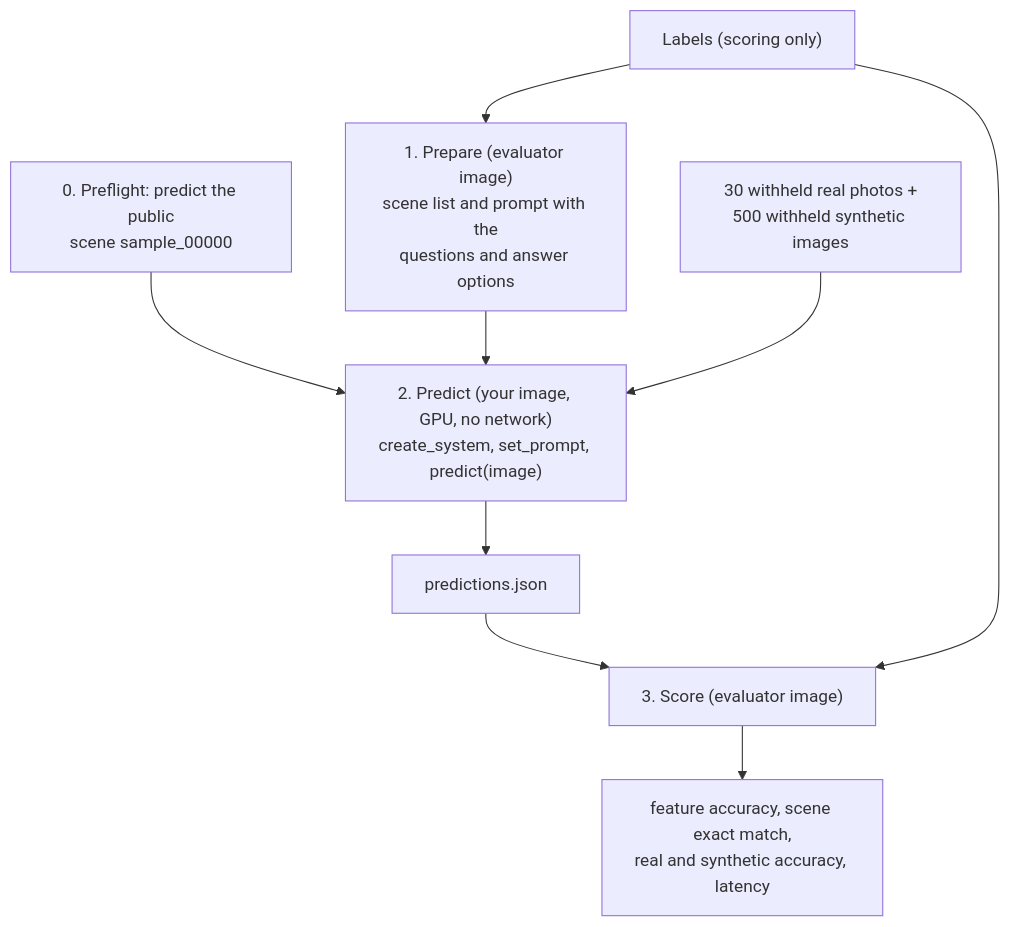
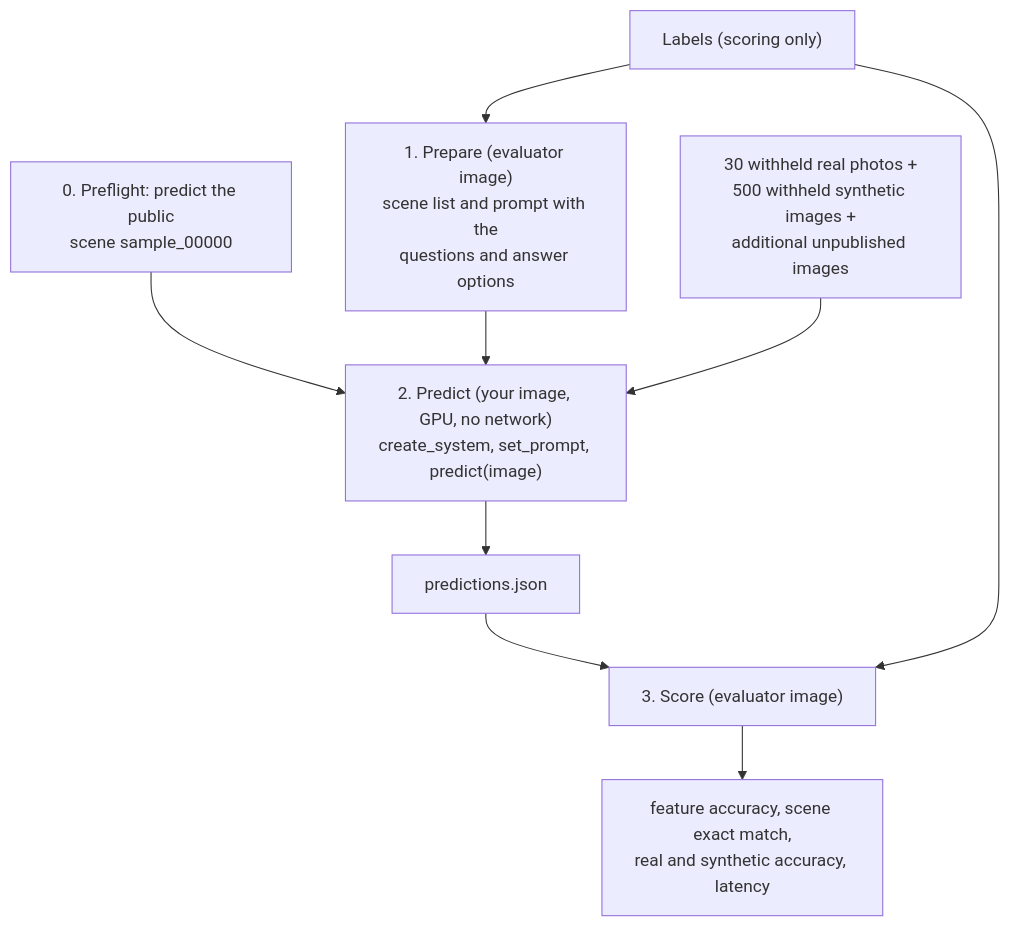
Before and after one commit to isu-challenge/Starterkit-ICSE-2027: the third of 3 diagrams in EVALUATION_GUIDE.md, drawn with Mermaid. The commit also changed other lines of this file and 4 other files, not shown here.

````diff
--- a/EVALUATION_GUIDE.md
+++ b/EVALUATION_GUIDE.md
@@ -147,11 +147,11 @@
 ```mermaid
 flowchart TB
   F["0. Preflight: predict the public<br/>scene sample_00000"] --> Q
   L["Labels (scoring only)"] --> P["1. Prepare (evaluator image)<br/>scene list and prompt with the<br/>questions and answer options"]
   P --> Q["2. Predict (your image, GPU, no network)<br/>create_system, set_prompt, predict(image)"]
-  I["30 withheld real photos +<br/>500 withheld synthetic images"] --> Q
+  I["30 withheld real photos +<br/>500 withheld synthetic images +<br/>additional unpublished images"] --> Q
   Q --> J["predictions.json"]
   J --> C["3. Score (evaluator image)"]
   L --> C
   C --> O["feature accuracy, scene exact match,<br/>real and synthetic accuracy, latency"]
 ```
````
